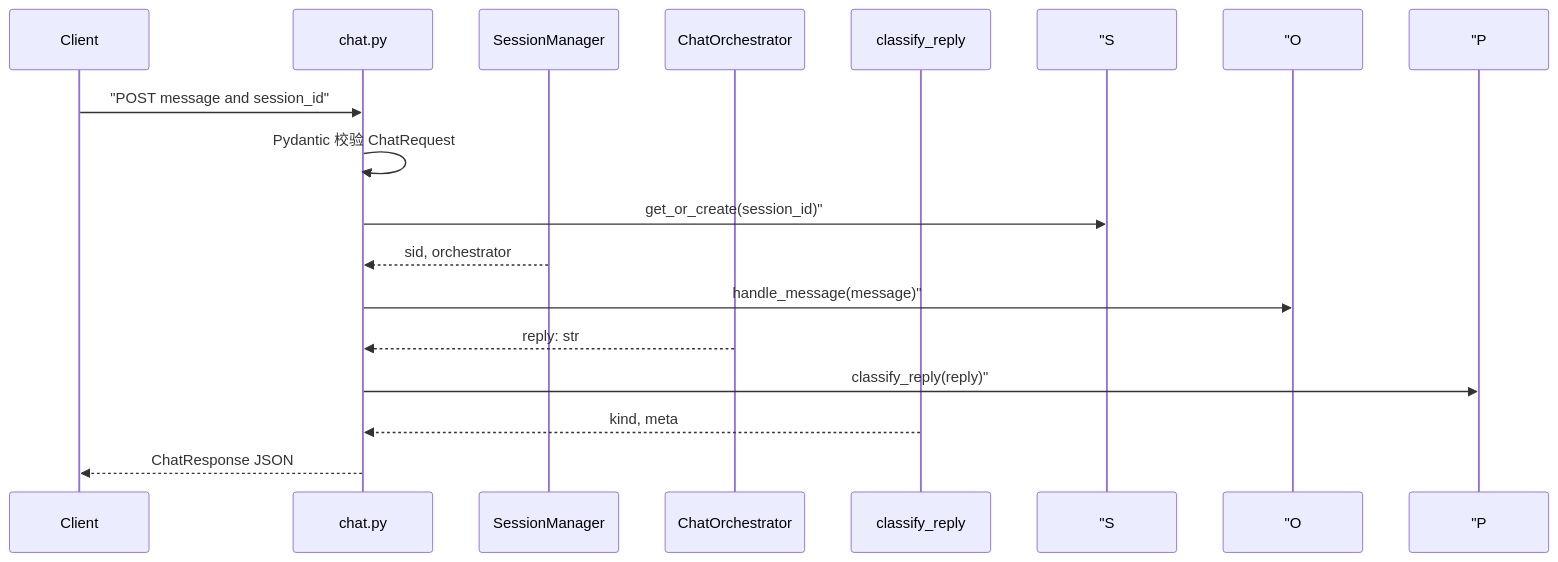
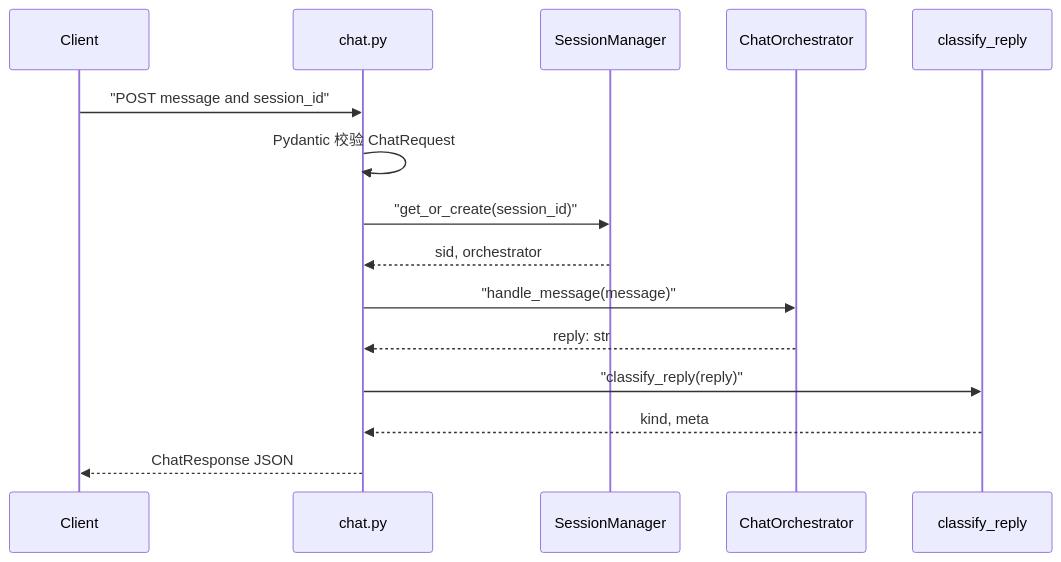
Before and after one commit to ab6539763/70_days_course_plus: the second of 3 diagrams in course/day23/03_架构设计.md, drawn with Mermaid. The commit also changed 80 other files, not shown here.

First line of the commit message:
fix(course): 修复 Mermaid 图表渲染报错 + 同步嵌入代码快照

````diff
--- a/course/day23/03_架构设计.md
+++ b/course/day23/03_架构设计.md
@@ -53,18 +53,18 @@
 ```mermaid
 sequenceDiagram
     participant C as Client
     participant R as chat.py
     participant S as SessionManager
     participant O as ChatOrchestrator
     participant P as classify_reply
 
     C->>R: "POST message and session_id"
     R->>R: Pydantic 校验 ChatRequest
-    R->> "S: get_or_create(session_id)"
+    R->>S: "get_or_create(session_id)"
     S-->>R: sid, orchestrator
-    R->> "O: handle_message(message)"
+    R->>O: "handle_message(message)"
     O-->>R: reply: str
-    R->> "P: classify_reply(reply)"
+    R->>P: "classify_reply(reply)"
     P-->>R: kind, meta
     R-->>C: ChatResponse JSON
 ```
````
